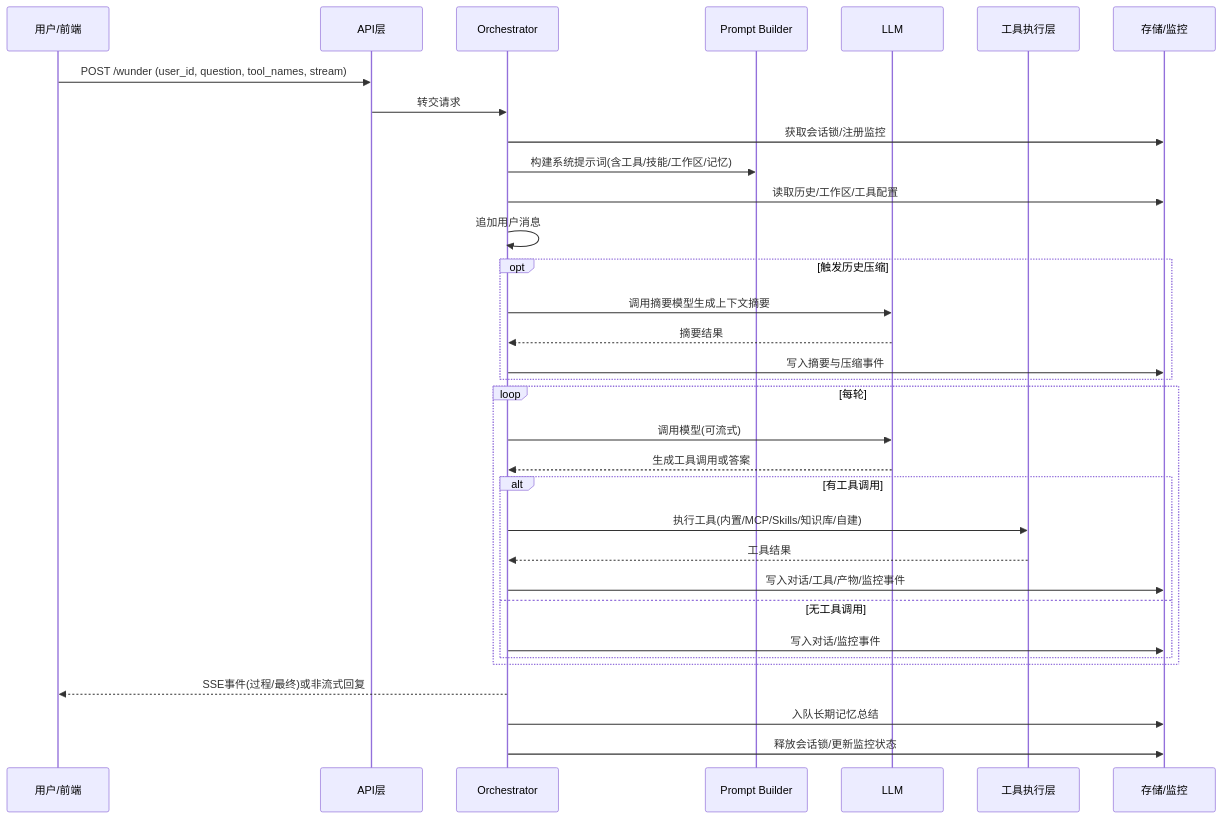
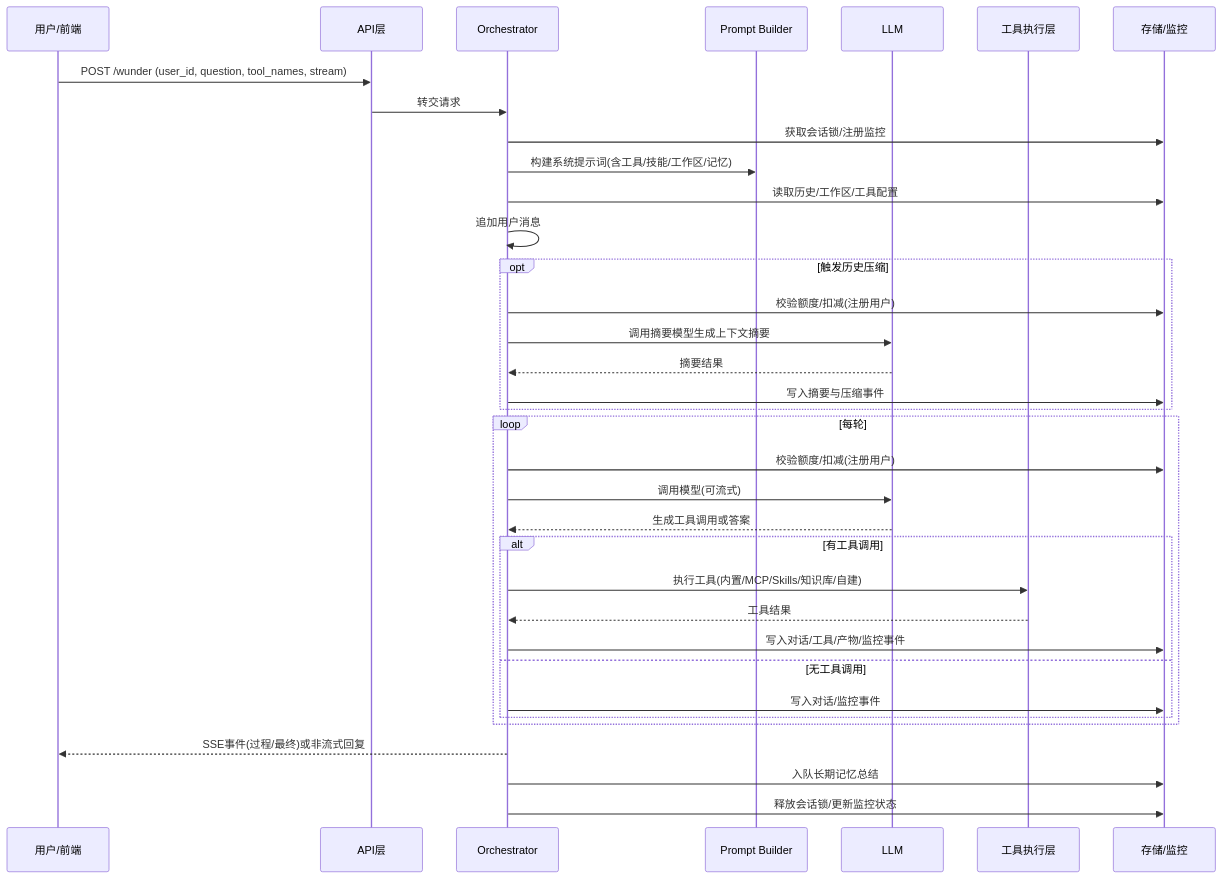
The second of 5 diagrams in docs/系统介绍.md (ylsdamxssjxxdd/wunder), drawn with Mermaid before and after one commit. The commit also changed other lines of this file and 32 other files, not shown here.

````diff
--- a/docs/系统介绍.md
+++ b/docs/系统介绍.md
@@ -59,36 +62,38 @@
 ```mermaid
 sequenceDiagram
   participant U as 用户/前端
   participant API as API层
   participant O as Orchestrator
   participant P as Prompt Builder
   participant L as LLM
   participant T as 工具执行层
   participant S as 存储/监控
 
   U->>API: POST /wunder (user_id, question, tool_names, stream)
   API->>O: 转交请求
   O->>S: 获取会话锁/注册监控
   O->>P: 构建系统提示词(含工具/技能/工作区/记忆)
   O->>S: 读取历史/工作区/工具配置
   O->>O: 追加用户消息
   opt 触发历史压缩
+    O->>S: 校验额度/扣减(注册用户)
     O->>L: 调用摘要模型生成上下文摘要
     L-->>O: 摘要结果
     O->>S: 写入摘要与压缩事件
   end
   loop 每轮
+    O->>S: 校验额度/扣减(注册用户)
     O->>L: 调用模型(可流式)
     L-->>O: 生成工具调用或答案
     alt 有工具调用
       O->>T: 执行工具(内置/MCP/Skills/知识库/自建)
       T-->>O: 工具结果
       O->>S: 写入对话/工具/产物/监控事件
     else 无工具调用
       O->>S: 写入对话/监控事件
     end
   end
   O-->>U: SSE事件(过程/最终)或非流式回复
   O->>S: 入队长期记忆总结
   O->>S: 释放会话锁/更新监控状态
 ```
````
